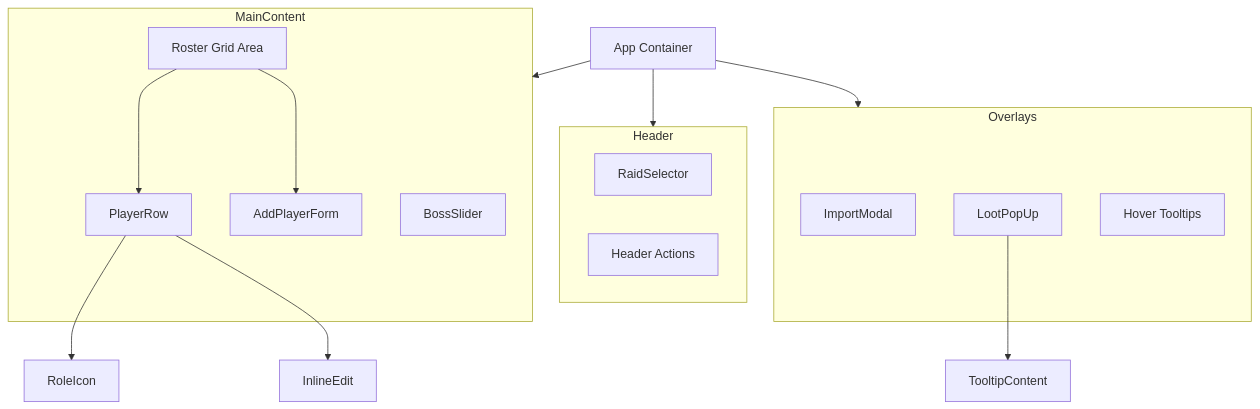
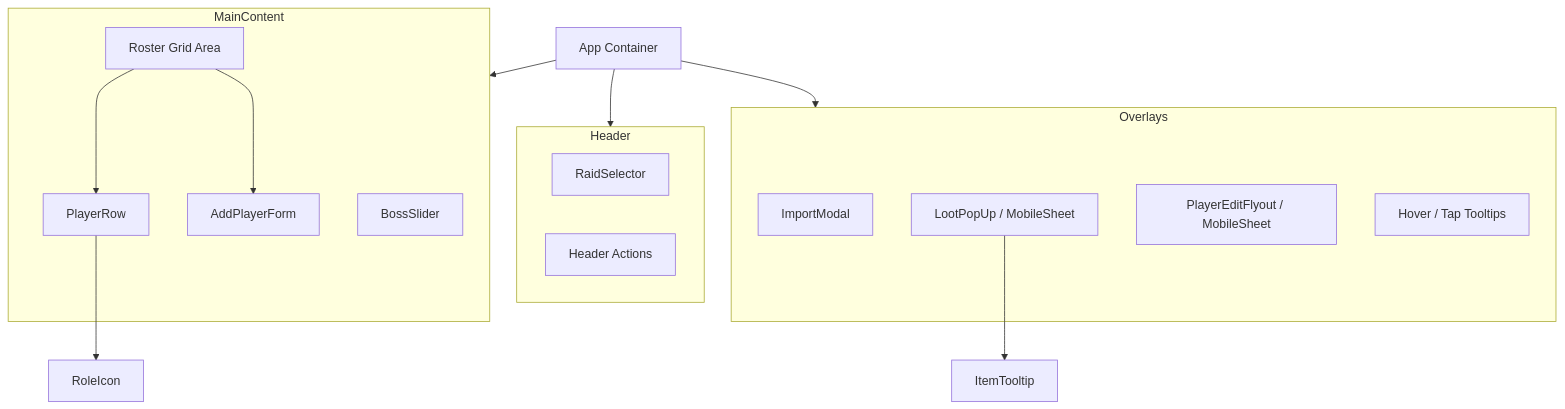
Before and after one commit to bjsmithxyz/loot-sheet: the diagram in docs/technical_design.md, drawn with Mermaid. The commit also changed other lines of this file and 13 other files, not shown here.

````diff
--- a/docs/technical_design.md
+++ b/docs/technical_design.md
@@ -13,30 +15,30 @@
 ```mermaid
 graph TD
     App[App Container] --> Header
     App --> MainContent
     App --> Overlays
 
     subgraph Header
         RaidSelector[RaidSelector]
         Import[Header Actions]
     end
 
     subgraph MainContent
         BossSlider[BossSlider]
         RosterGrid[Roster Grid Area]
         PlayerRow[PlayerRow]
         AddForm[AddPlayerForm]
     end
 
     subgraph Overlays
         ImportModal[ImportModal]
-        LootPopUp[LootPopUp]
-        GridTooltip[Hover Tooltips]
+        LootPopUp[LootPopUp / MobileSheet]
+        PlayerEditFlyout[PlayerEditFlyout / MobileSheet]
+        GridTooltip[Hover / Tap Tooltips]
     end
 
     RosterGrid --> PlayerRow
     PlayerRow --> RoleIcon
-    PlayerRow --> InlineEdit
     RosterGrid --> AddForm
-    LootPopUp --> TooltipContent
+    LootPopUp --> ItemTooltip
 ```
````
